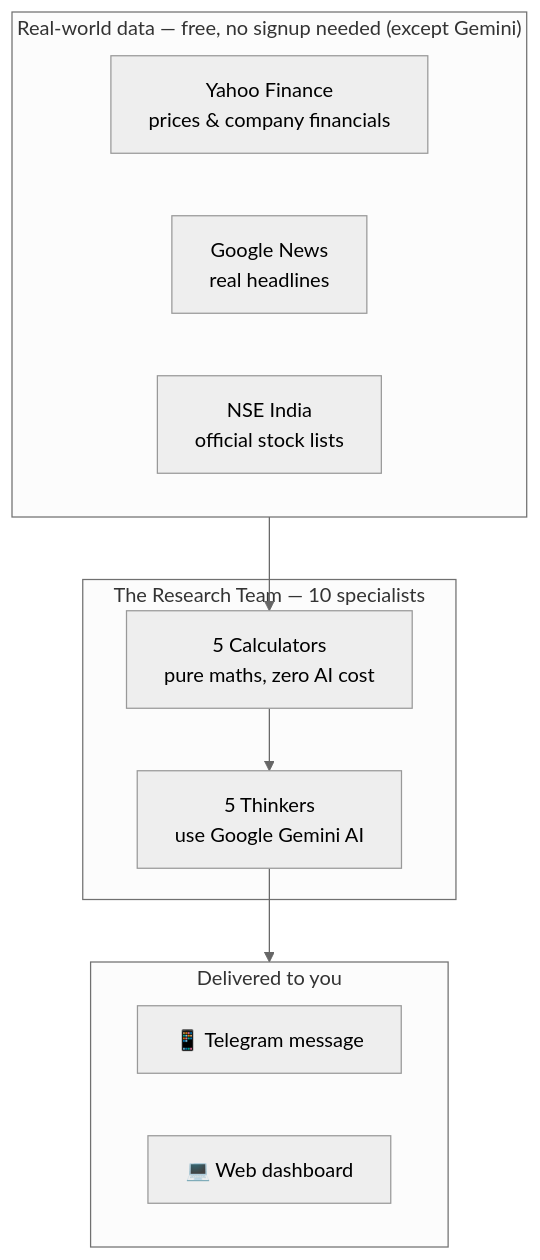
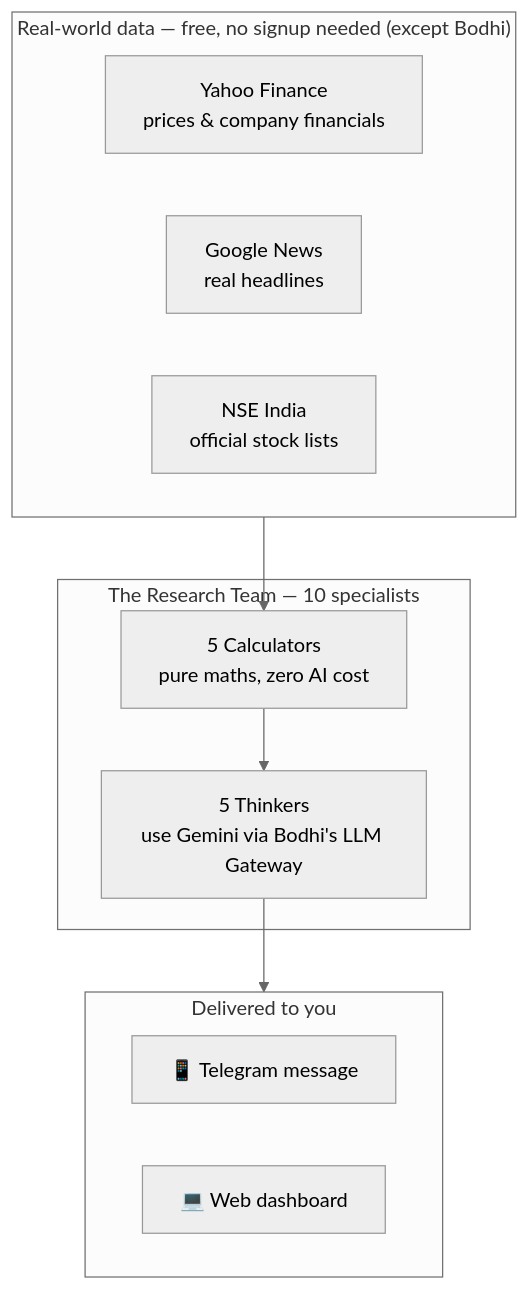
Before and after one commit to Diksha20Bhatia/ai-equity-analyst: the second of 4 diagrams in PROJECT_OVERVIEW.md, drawn with Mermaid (neutral theme). The commit also changed 35 other files, not shown here.

````diff
--- a/PROJECT_OVERVIEW.md
+++ b/PROJECT_OVERVIEW.md
@@ -27,20 +27,20 @@
 ```mermaid
 flowchart TB
-    subgraph Inputs["Real-world data — free, no signup needed (except Gemini)"]
+    subgraph Inputs["Real-world data — free, no signup needed (except Bodhi)"]
         YF["Yahoo Finance<br/>prices & company financials"]
         GN["Google News<br/>real headlines"]
         NSE["NSE India<br/>official stock lists"]
     end
 
     subgraph Team["The Research Team — 10 specialists"]
         Calc["5 Calculators<br/>pure maths, zero AI cost"]
-        Think["5 Thinkers<br/>use Google Gemini AI"]
+        Think["5 Thinkers<br/>use Gemini via Bodhi's LLM Gateway"]
     end
 
     subgraph Outputs["Delivered to you"]
         TG["📱 Telegram message"]
         Dash["💻 Web dashboard"]
     end
 
     Inputs --> Calc --> Think --> Outputs
 ```
````
